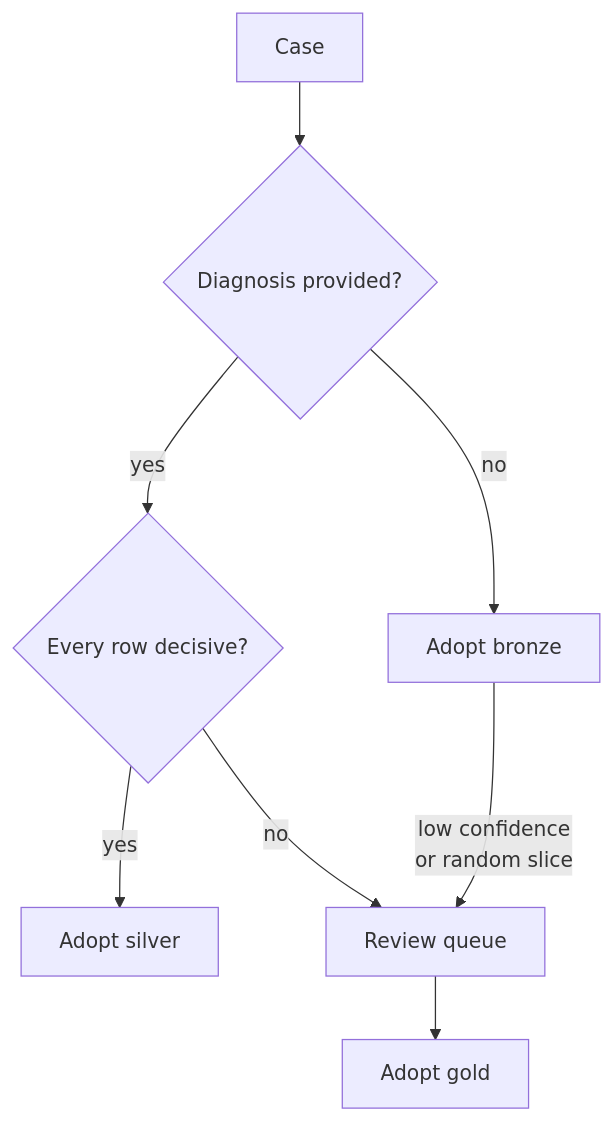
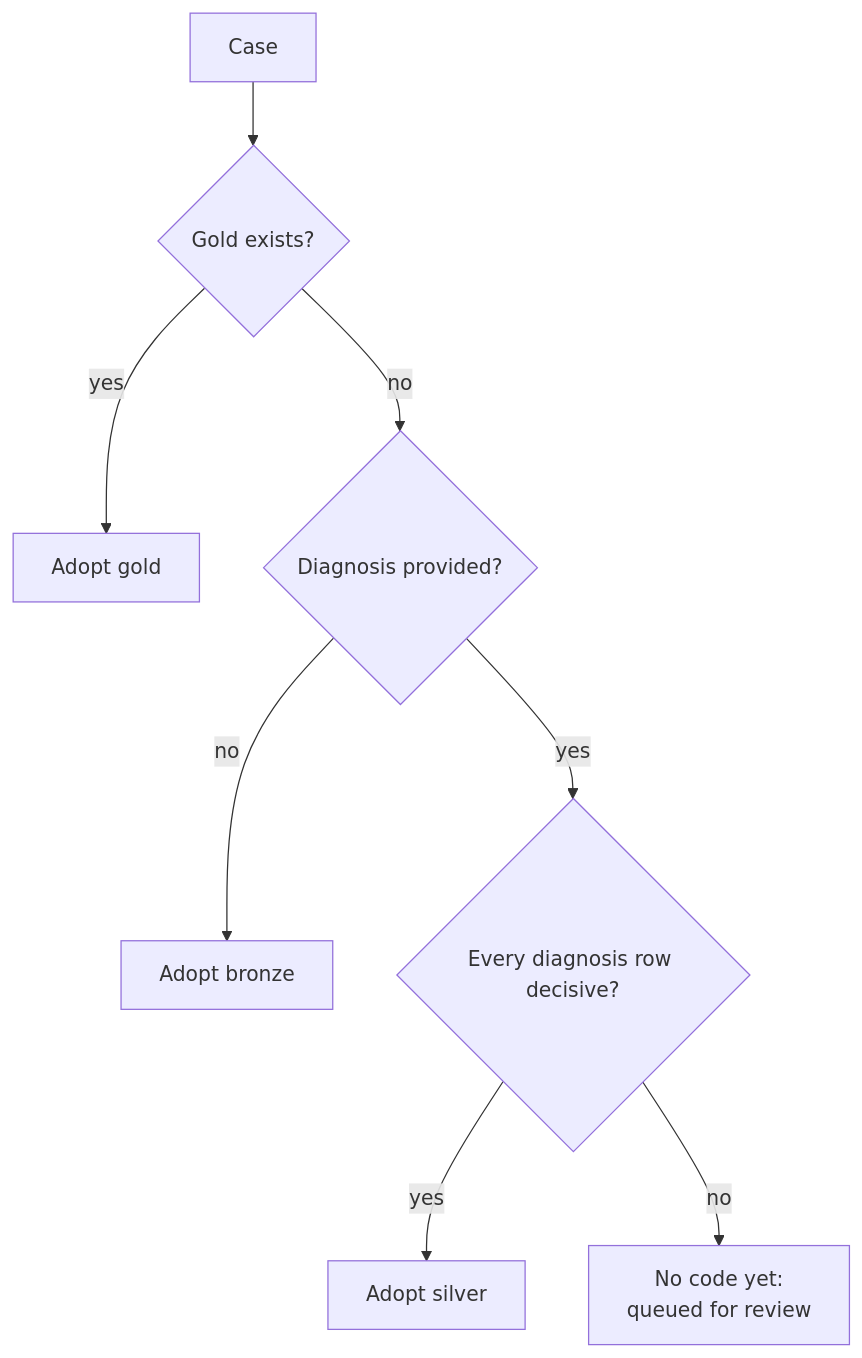
Before and after one commit to YugrajD/UC-Davis-VMTH-Cancer-Registry: the first of 6 diagrams in ml/documentation/concepts/icd-mapping-strategy.md, drawn with Mermaid. The commit also changed other lines of this file and 96 other files, not shown here.

Commit message:
Reorganize ML docs into concepts/how-to/reference/history with Mermaid diagrams, experiment records and a docs checker test

````diff
--- a/ml/documentation/concepts/icd-mapping-strategy.md
+++ b/ml/documentation/concepts/icd-mapping-strategy.md
@@ -50,10 +56,10 @@
 ```mermaid
 flowchart TD
-    C["Case"] --> D{"Diagnosis provided?"}
-    D -- "no" --> AB["Adopt bronze"]
-    D -- "yes" --> V{"Every row decisive?"}
-    V -- "yes" --> AS["Adopt silver"]
-    V -- "no" --> Q["Review queue"]
-    AB -- "low confidence<br/>or random slice" --> Q
-    Q --> AG["Adopt gold"]
+    c["Case"] --> g{"Gold exists?"}
+    g -- "yes" --> ag["Adopt gold"]
+    g -- "no" --> d{"Diagnosis provided?"}
+    d -- "no" --> ab["Adopt bronze"]
+    d -- "yes" --> v{"Every diagnosis row decisive?"}
+    v -- "yes" --> as["Adopt silver"]
+    v -- "no" --> q["No code yet:<br>queued for review"]
 ```
````
